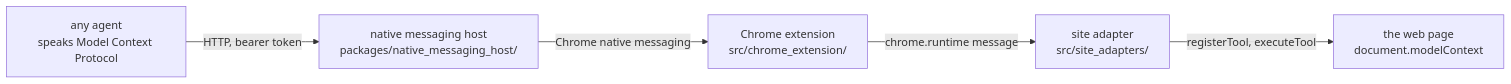
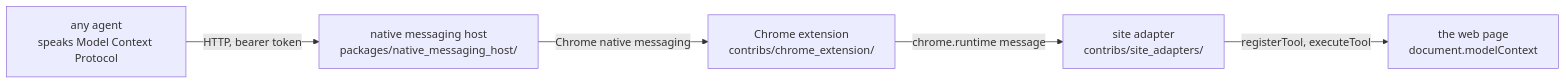
Before and after one commit to jeromeetienne/webmcp_everywhere: the first of 3 diagrams in docs/architecture_overview.md, drawn with Mermaid. The commit also changed other lines of this file and 72 other files, not shown here.

First line of the commit message:
Rename src/ to contribs/, fixes #19

````diff
--- a/docs/architecture_overview.md
+++ b/docs/architecture_overview.md
@@ -7,13 +7,13 @@
 ```mermaid
 flowchart LR
 	agent["any agent<br/>speaks Model Context Protocol"]
 	host["native messaging host<br/>packages/native_messaging_host/"]
-	extension["Chrome extension<br/>src/chrome_extension/"]
-	adapter["site adapter<br/>src/site_adapters/"]
+	extension["Chrome extension<br/>contribs/chrome_extension/"]
+	adapter["site adapter<br/>contribs/site_adapters/"]
 	page["the web page<br/>document.modelContext"]
 
 	agent -->|"HTTP, bearer token"| host
 	host -->|"Chrome native messaging"| extension
 	extension -->|"chrome.runtime message"| adapter
 	adapter -->|"registerTool, executeTool"| page
 ```
````
